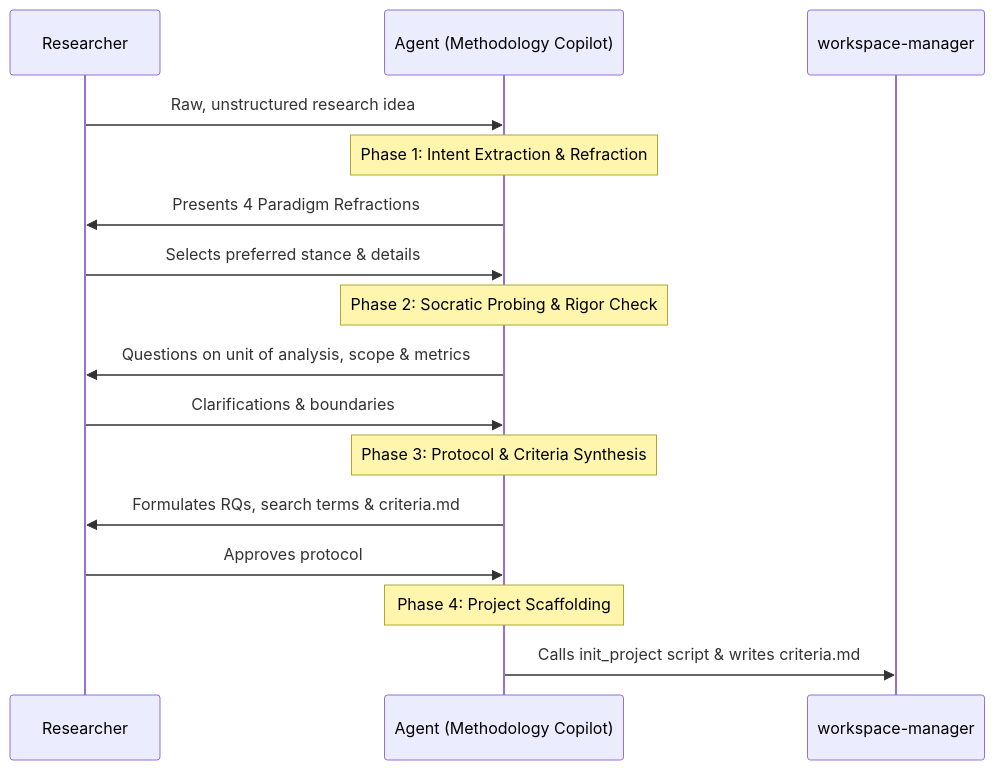
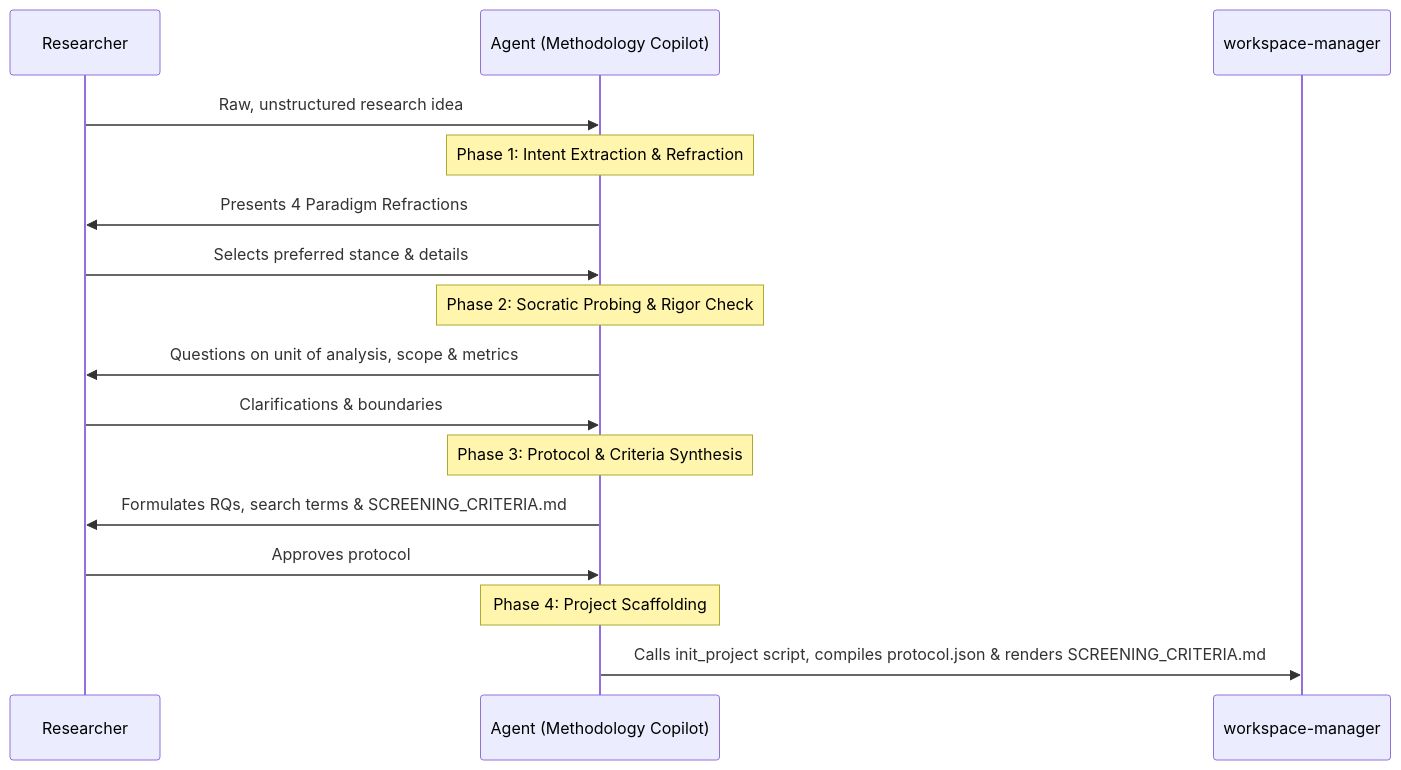
The diagram in .agents/skills/methodology-copilot/references/socratic_interview_framework.md (nexus-scholar-org/nexus-scholar-harness), drawn with Mermaid before and after one commit. The commit also changed other lines of this file and 22 other files, not shown here.

````diff
--- a/.agents/skills/methodology-copilot/references/socratic_interview_framework.md
+++ b/.agents/skills/methodology-copilot/references/socratic_interview_framework.md
@@ -9,19 +9,19 @@
 ```mermaid
 sequenceDiagram
     participant R as Researcher
     participant A as Agent (Methodology Copilot)
     participant W as workspace-manager
 
     R->>A: Raw, unstructured research idea
     Note over A: Phase 1: Intent Extraction & Refraction
     A->>R: Presents 4 Paradigm Refractions
     R->>A: Selects preferred stance & details
     Note over A: Phase 2: Socratic Probing & Rigor Check
     A->>R: Questions on unit of analysis, scope & metrics
     R->>A: Clarifications & boundaries
     Note over A: Phase 3: Protocol & Criteria Synthesis
-    A->>R: Formulates RQs, search terms & criteria.md
+    A->>R: Formulates RQs, search terms & SCREENING_CRITERIA.md
     R->>A: Approves protocol
     Note over A: Phase 4: Project Scaffolding
-    A->>W: Calls init_project script & writes criteria.md
+    A->>W: Calls init_project script, compiles protocol.json & renders SCREENING_CRITERIA.md
 ```
````
